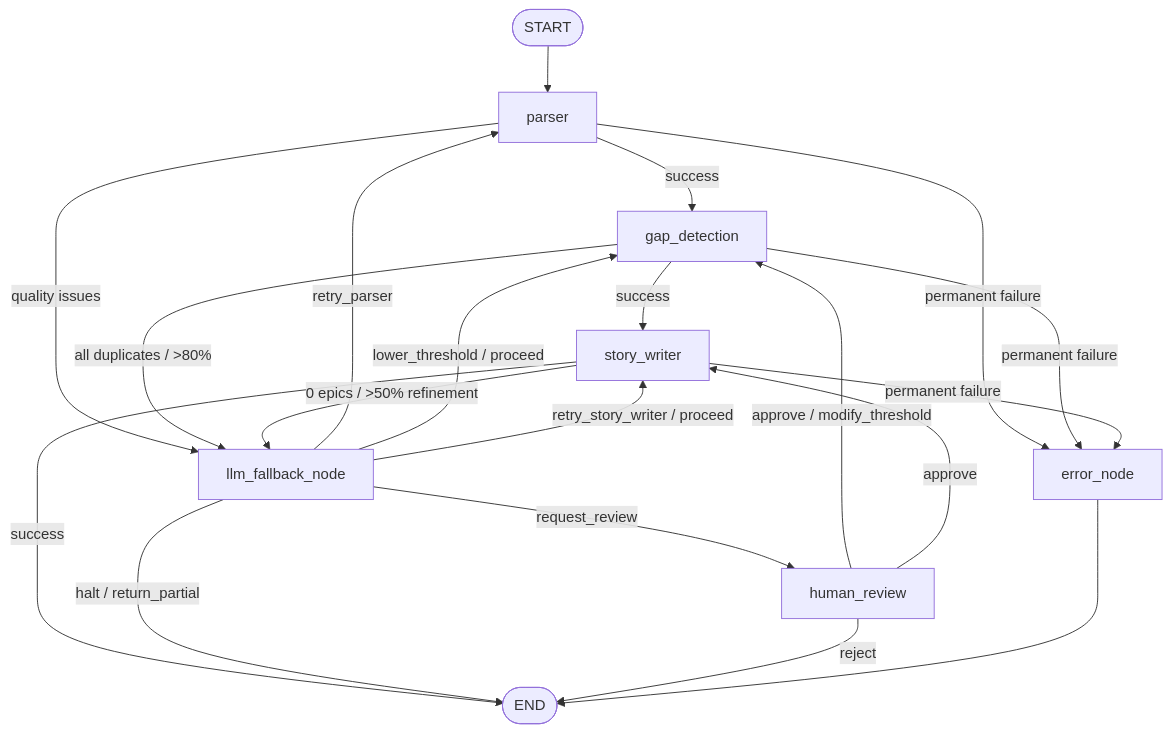
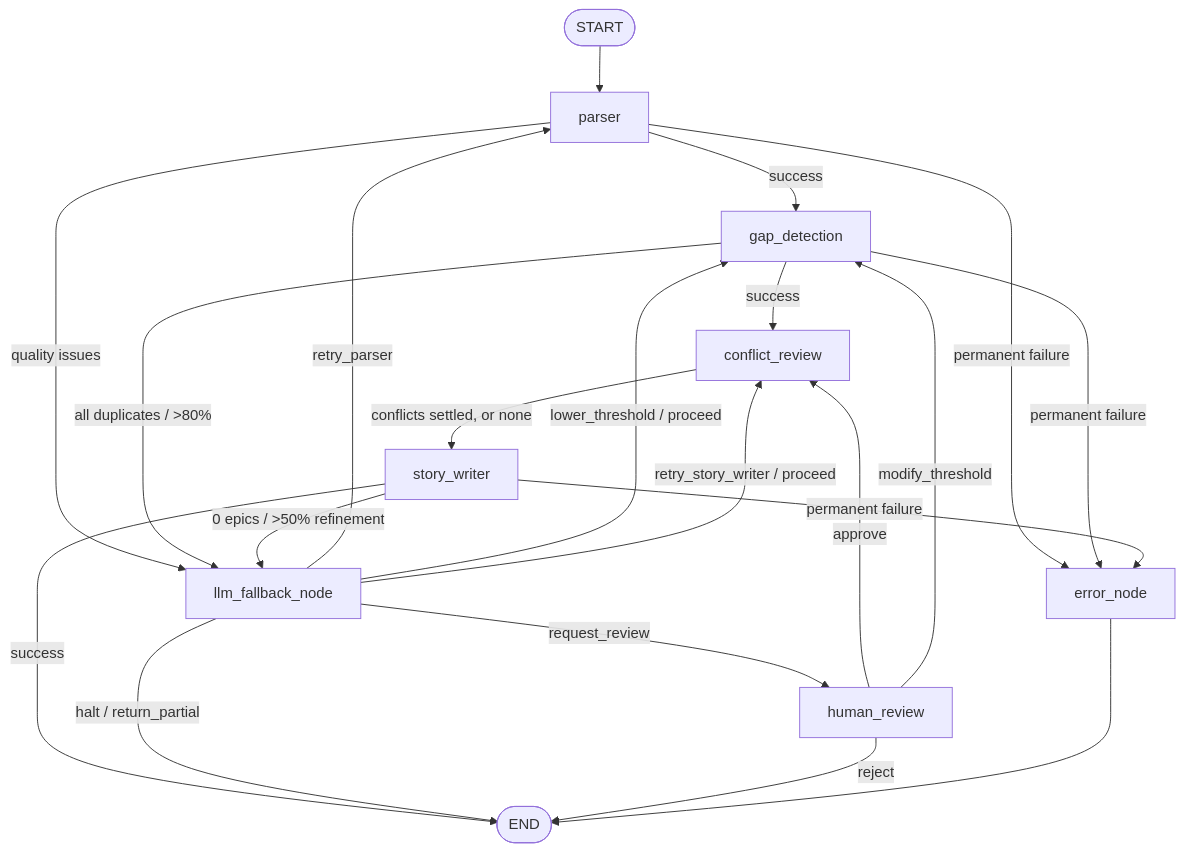
The diagram in README.md (AnshulRehpade/Backlog_Synthesizer_LangGraph), drawn with Mermaid before and after one commit. The commit also changed other lines of this file and 1 other file, not shown here.

````diff
--- a/README.md
+++ b/README.md
@@ -11,27 +11,29 @@
 ```mermaid
 graph TD
     START([START]) --> parser
     parser -->|success| gap_detection
     parser -->|quality issues| llm_fallback_node
     parser -->|permanent failure| error_node
 
-    gap_detection -->|success| story_writer
+    gap_detection -->|success| conflict_review
     gap_detection -->|all duplicates / >80%| llm_fallback_node
     gap_detection -->|permanent failure| error_node
+
+    conflict_review -->|conflicts settled, or none| story_writer
 
     story_writer -->|success| END([END])
     story_writer -->|0 epics / >50% refinement| llm_fallback_node
     story_writer -->|permanent failure| error_node
 
     llm_fallback_node -->|retry_parser| parser
     llm_fallback_node -->|lower_threshold / proceed| gap_detection
-    llm_fallback_node -->|retry_story_writer / proceed| story_writer
+    llm_fallback_node -->|retry_story_writer / proceed| conflict_review
     llm_fallback_node -->|request_review| human_review
     llm_fallback_node -->|halt / return_partial| END
 
-    human_review -->|approve / modify_threshold| gap_detection
-    human_review -->|approve| story_writer
+    human_review -->|approve| conflict_review
+    human_review -->|modify_threshold| gap_detection
     human_review -->|reject| END
 
     error_node --> END
 ```
````
